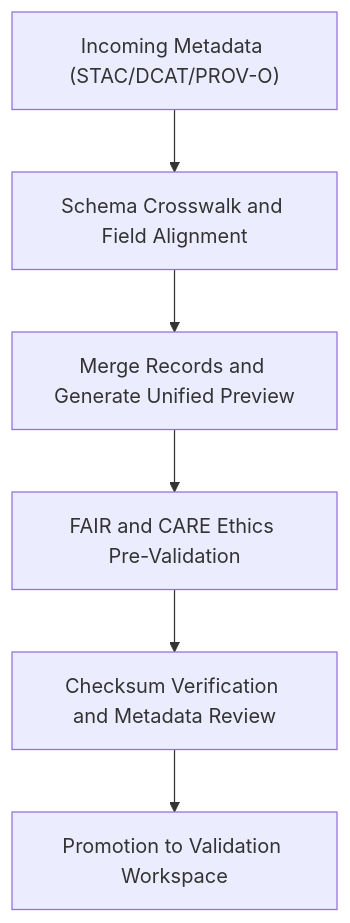
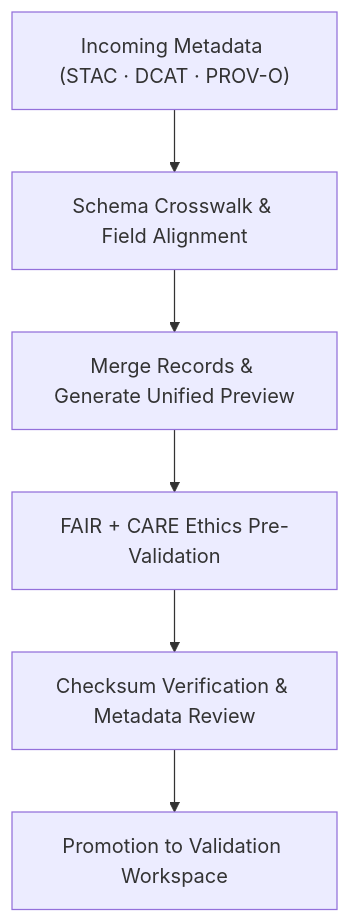
The diagram in data/work/staging/metadata/tmp/README.md (bartytime4life/Kansas-Frontier-Matrix), drawn with Mermaid before and after one commit. The commit also changed other lines of this file, not shown here.

````diff
--- a/data/work/staging/metadata/tmp/README.md
+++ b/data/work/staging/metadata/tmp/README.md
@@ -63,8 +66,8 @@
 ```mermaid
 flowchart TD
-    A["Incoming Metadata (STAC/DCAT/PROV-O)"] --> B["Schema Crosswalk and Field Alignment"]
-    B --> C["Merge Records and Generate Unified Preview"]
-    C --> D["FAIR and CARE Ethics Pre-Validation"]
-    D --> E["Checksum Verification and Metadata Review"]
+    A["Incoming Metadata (STAC · DCAT · PROV-O)"] --> B["Schema Crosswalk & Field Alignment"]
+    B --> C["Merge Records & Generate Unified Preview"]
+    C --> D["FAIR + CARE Ethics Pre-Validation"]
+    D --> E["Checksum Verification & Metadata Review"]
     E --> F["Promotion to Validation Workspace"]
 ```
````
